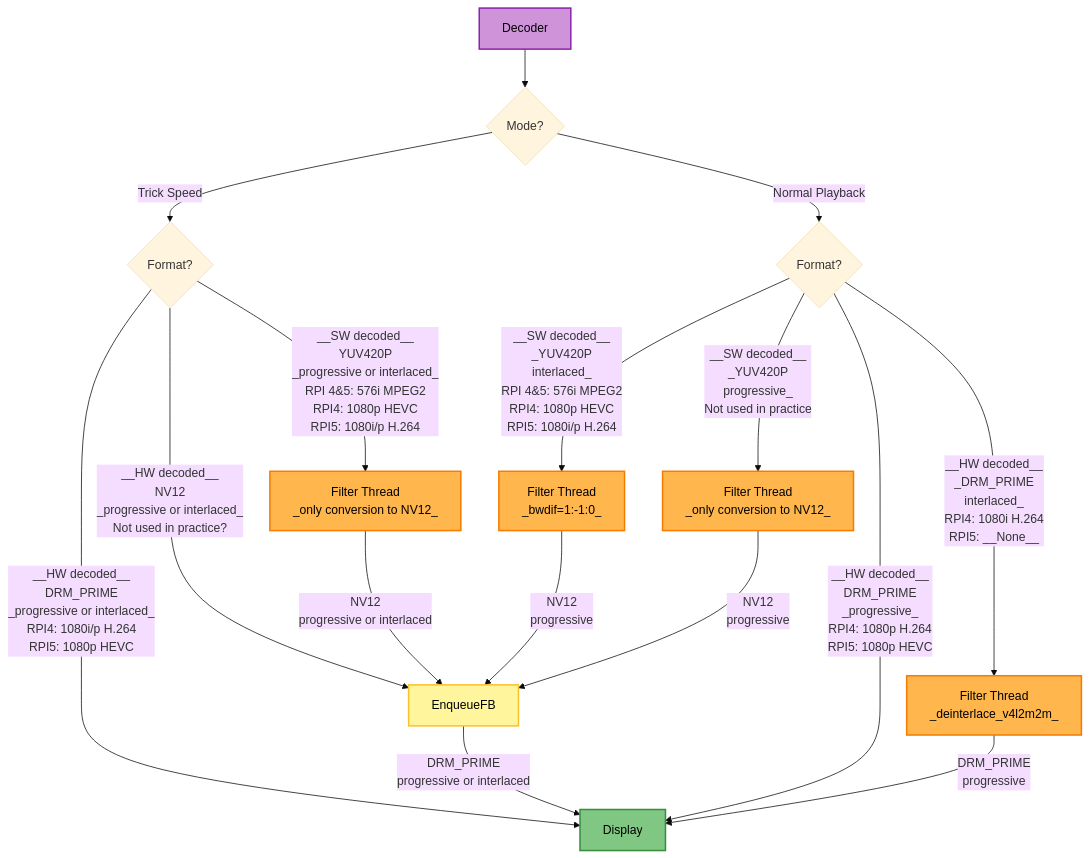
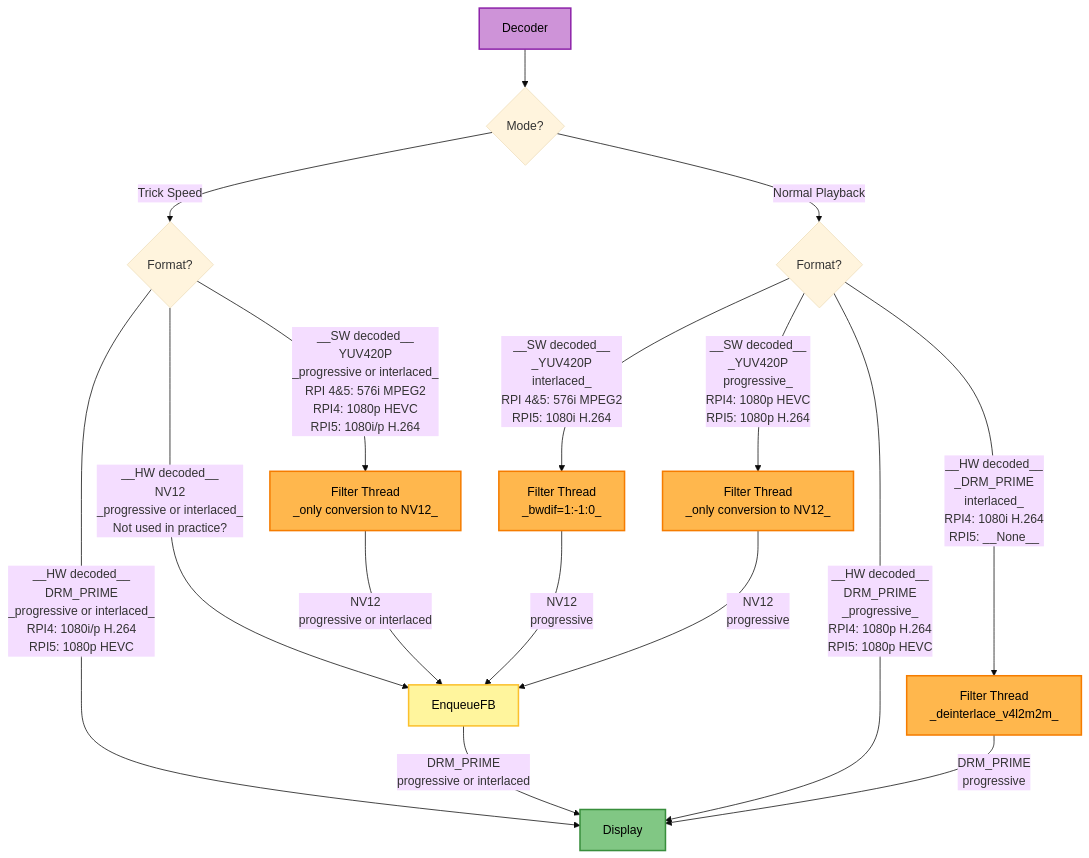
One commit to rellla/vdr-plugin-softhddevice-drm-gles changed the fourth of 4 diagrams in DEVELOPER.md. Above: the diagram before and after it, drawn with Mermaid (base theme).

````diff
--- a/DEVELOPER.md
+++ b/DEVELOPER.md
@@ -210,34 +210,34 @@
 ```mermaid
 flowchart TD
     FilterThreadForceProgressive["Filter Thread<br/>_only conversion to NV12_"]
     FilterThreadProgressive["Filter Thread<br/>_only conversion to NV12_"]
     FilterThreadHwDeinterlacer["Filter Thread<br/>_deinterlace_v4l2m2m_"]
     FilterThreadSwDeinterlacer["Filter Thread<br/>_bwdif=1:-1:0_"]
 
     Decoder --> TrickSpeedDecision{Mode?}
     TrickSpeedDecision --> |Trick Speed|TrickSpeedFormat{Format?}
     TrickSpeedFormat --> |__SW decoded__<br/>YUV420P<br/>_progressive or interlaced_<br/>RPI 4&5: 576i MPEG2<br/>RPI4: 1080p HEVC<br/>RPI5: 1080i/p H.264|FilterThreadForceProgressive
     TrickSpeedFormat --> |__HW decoded__<br/>DRM_PRIME<br/>_progressive or interlaced_<br/>RPI4: 1080i/p H.264<br/>RPI5: 1080p HEVC|Display
     TrickSpeedFormat --> |__HW decoded__<br/>NV12<br/>_progressive or interlaced_<br/>Not used in practice?|EnqueueFB
     EnqueueFB --> |DRM_PRIME<br/>progressive or interlaced|Display
     FilterThreadForceProgressive --> |NV12<br/>progressive or interlaced|EnqueueFB
 
     TrickSpeedDecision --> |Normal Playback|NormalPlaybackFormat{Format?}
-    NormalPlaybackFormat --> |__SW decoded__<br/>_YUV420P<br/>interlaced_<br/>RPI 4&5: 576i MPEG2<br/>RPI4: 1080p HEVC<br/>RPI5: 1080i/p H.264|FilterThreadSwDeinterlacer
-    NormalPlaybackFormat --> |__SW decoded__<br/>_YUV420P<br/>progressive_<br/>Not used in practice|FilterThreadProgressive
+    NormalPlaybackFormat --> |__SW decoded__<br/>_YUV420P<br/>interlaced_<br/>RPI 4&5: 576i MPEG2<br/>RPI5: 1080i H.264|FilterThreadSwDeinterlacer
+    NormalPlaybackFormat --> |__SW decoded__<br/>_YUV420P<br/>progressive_<br/>RPI4: 1080p HEVC<br/>RPI5: 1080p H.264|FilterThreadProgressive
     NormalPlaybackFormat --> |__HW decoded__<br/>_DRM_PRIME<br/>interlaced_<br/>RPI4: 1080i H.264<br/>RPI5: __None__|FilterThreadHwDeinterlacer
     NormalPlaybackFormat --> |__HW decoded__<br/>DRM_PRIME<br/>_progressive_<br/>RPI4: 1080p H.264<br/>RPI5: 1080p HEVC|Display
     FilterThreadSwDeinterlacer --> |NV12<br/>progressive|EnqueueFB
     FilterThreadProgressive --> |NV12<br/>progressive|EnqueueFB
     FilterThreadHwDeinterlacer --> |DRM_PRIME<br/>progressive|Display
 
     classDef decThread fill:#ce93d8,stroke:#8e24aa,stroke-width:2px,color:#000000
     classDef filterThread fill:#ffb74d,stroke:#f57c00,stroke-width:2px,color:#000000
     classDef displayThread fill:#81c784,stroke:#388e3c,stroke-width:2px,color:#000000
     classDef buffer fill:#fff59d,stroke:#fbc02d,stroke-width:2px,color:#000000
 
     class Decoder decThread
     class FilterThreadForceProgressive,FilterThreadProgressive,FilterThreadHwDeinterlacer,FilterThreadSwDeinterlacer filterThread
     class Display displayThread
     class EnqueueFB buffer
 ```
````
